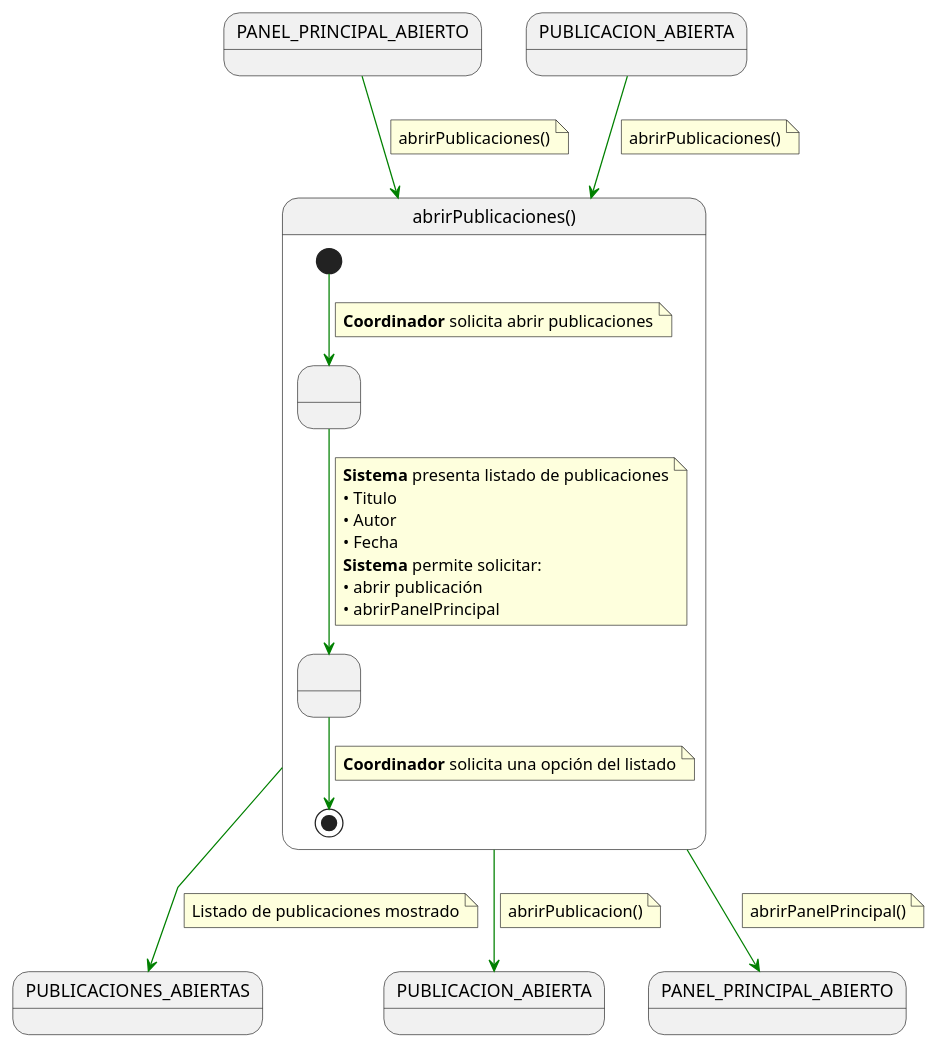
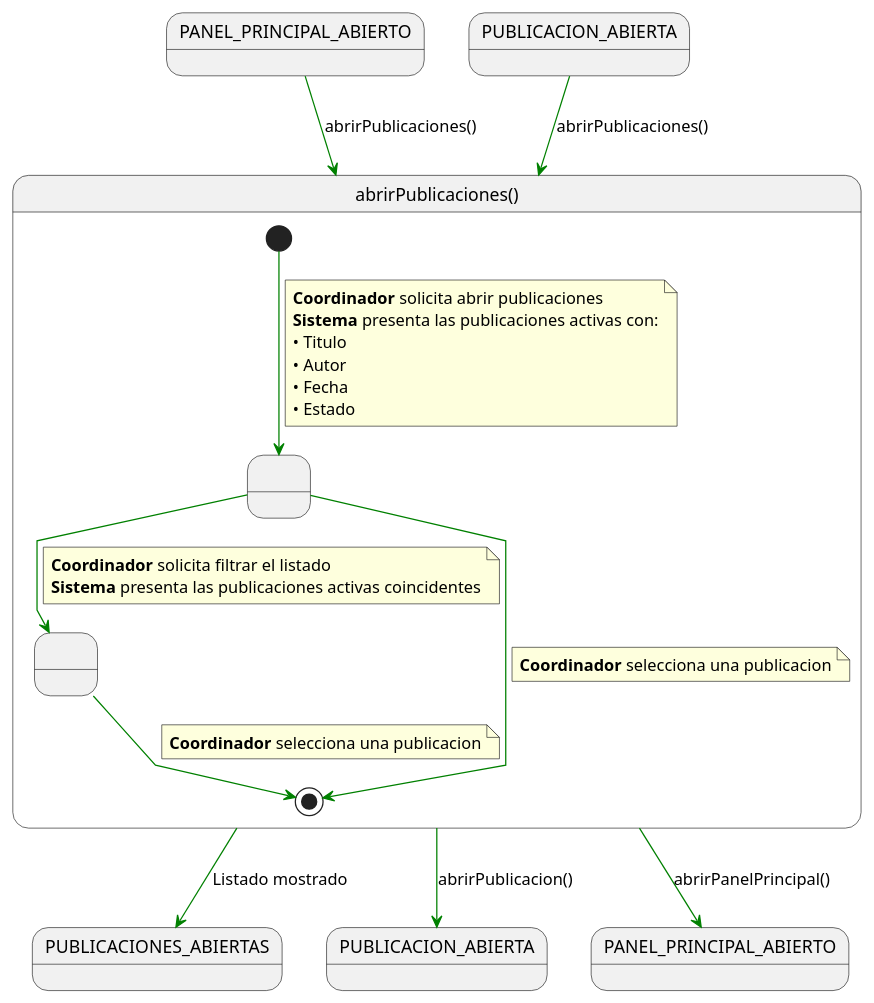
The diagram in modelosUML/RUP/00-casos-uso/02-detalle/coordinador/abrirPublicaciones/especificacion.puml (beatriizorozco/25-26-idsw2-sdVC), drawn with PlantUML before and after one commit. The commit also changed 44 other files, not shown here.

```diff
--- a/modelosUML/RUP/00-casos-uso/02-detalle/coordinador/abrirPublicaciones/especificacion.puml
+++ b/modelosUML/RUP/00-casos-uso/02-detalle/coordinador/abrirPublicaciones/especificacion.puml
@@ -1,60 +1,43 @@
 @startuml abrirPublicaciones
-
 skinparam linetype polyline
 
-state in2 as "PANEL_PRINCIPAL_ABIERTO"
-in2 -[#green]-> abrirPublicaciones
-note on link
-abrirPublicaciones()
-end note
-
-state in1 as "PUBLICACION_ABIERTA"
-in1 -[#green]-> abrirPublicaciones
-note on link
-abrirPublicaciones()
-end note
+state in1 as "PANEL_PRINCIPAL_ABIERTO"
+state in2 as "PUBLICACION_ABIERTA"
+in1 -[#green]-> abrirPublicaciones : abrirPublicaciones()
+in2 -[#green]-> abrirPublicaciones : abrirPublicaciones()
 
 state abrirPublicaciones as "abrirPublicaciones()" {
-
     state " " as MostrandoListado
     state " " as FiltrandoListado
 
     [*] -[#green]-> MostrandoListado
     note on link
     <b>Coordinador</b> solicita abrir publicaciones
+    <b>Sistema</b> presenta las publicaciones activas con:
+    • Titulo
+    • Autor
+    • Fecha
+    • Estado
     end note
 
     MostrandoListado -[#green]-> FiltrandoListado
     note on link
-    <b>Sistema</b> presenta listado de publicaciones
-    • Titulo
-    • Autor
-    • Fecha
-    <b>Sistema</b> permite solicitar:
-    • abrir publicación
-    • abrirPanelPrincipal
+    <b>Coordinador</b> solicita filtrar el listado
+    <b>Sistema</b> presenta las publicaciones activas coincidentes
+    end note
+
+    MostrandoListado -[#green]-> [*]
+    note on link
+    <b>Coordinador</b> selecciona una publicacion
     end note
 
     FiltrandoListado -[#green]-> [*]
     note on link
-    <b>Coordinador</b> solicita una opción del listado
+    <b>Coordinador</b> selecciona una publicacion
     end note
 }
 
-
-abrirPublicaciones -[#green]-> PUBLICACIONES_ABIERTAS
-note on link
-Listado de publicaciones mostrado
-end note
-
-abrirPublicaciones -[#green]-> PUBLICACION_ABIERTA
-note on link
-abrirPublicacion()
-end note
-
-abrirPublicaciones -[#green]-> PANEL_PRINCIPAL_ABIERTO
-note on link
-abrirPanelPrincipal()
-end note
-
+abrirPublicaciones -[#green]-> PUBLICACIONES_ABIERTAS : Listado mostrado
+abrirPublicaciones -[#green]-> PUBLICACION_ABIERTA : abrirPublicacion()
+abrirPublicaciones -[#green]-> PANEL_PRINCIPAL_ABIERTO : abrirPanelPrincipal()
 @enduml
```
